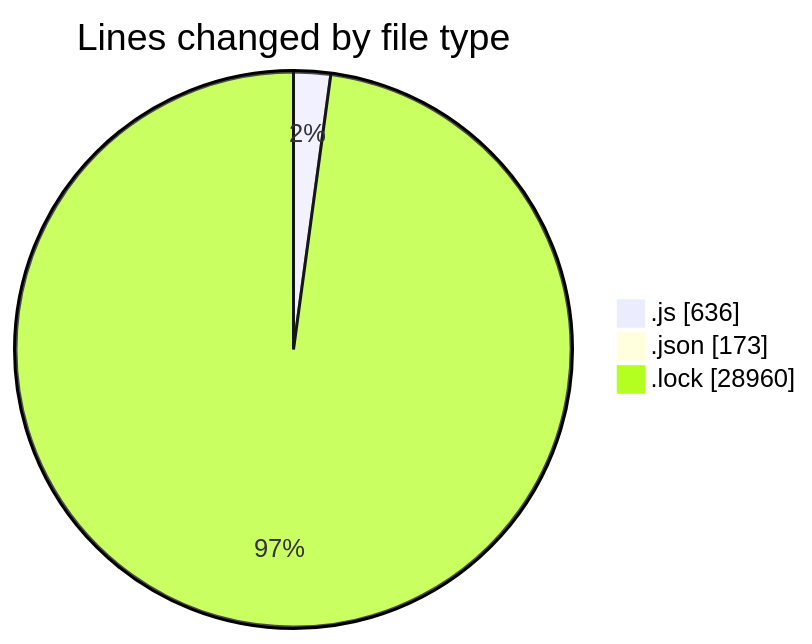
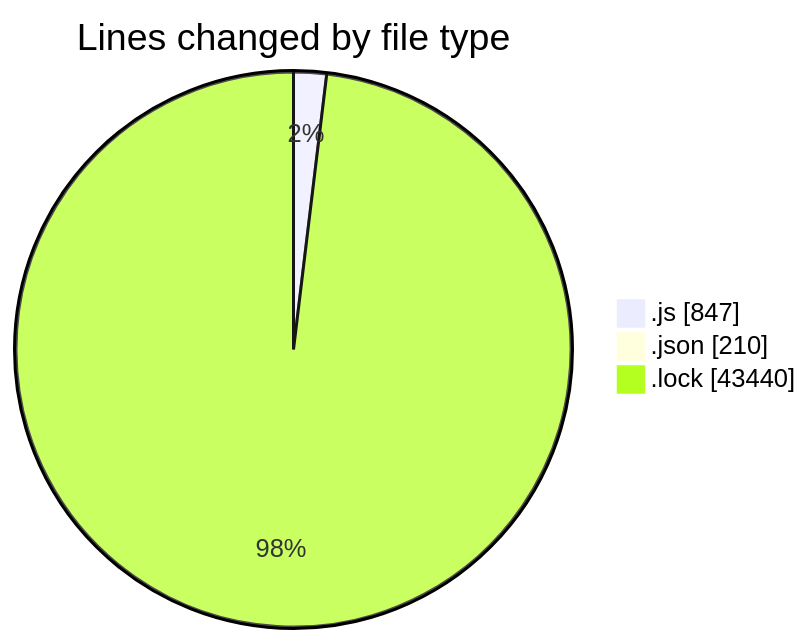
One commit to momahboobian/code-tracking changed the first of 2 diagrams in 2025-12-18/cda/README.md. Above: the diagram before and after it, drawn with Mermaid. The commit also changed other lines of this file and 1 other file, not shown here.

````diff
--- a/2025-12-18/cda/README.md
+++ b/2025-12-18/cda/README.md
@@ -35,7 +35,7 @@
 ```mermaid
 pie showData
 title Lines changed by file type
-".js" : 636
-".json" : 173
-".lock" : 28960
+".js" : 847
+".json" : 210
+".lock" : 43440
 ```
````
